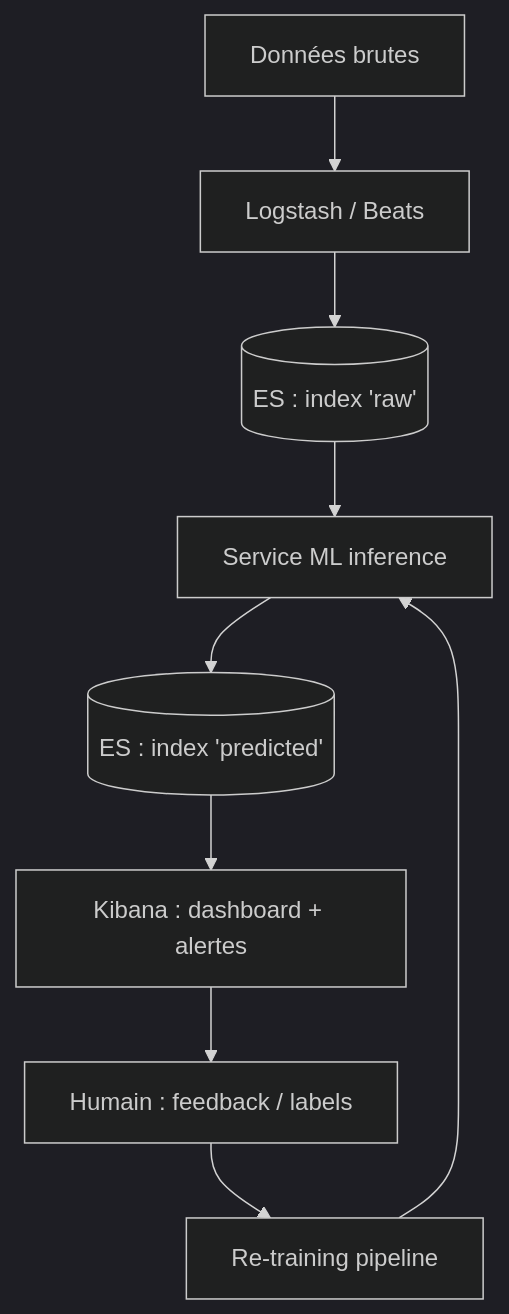
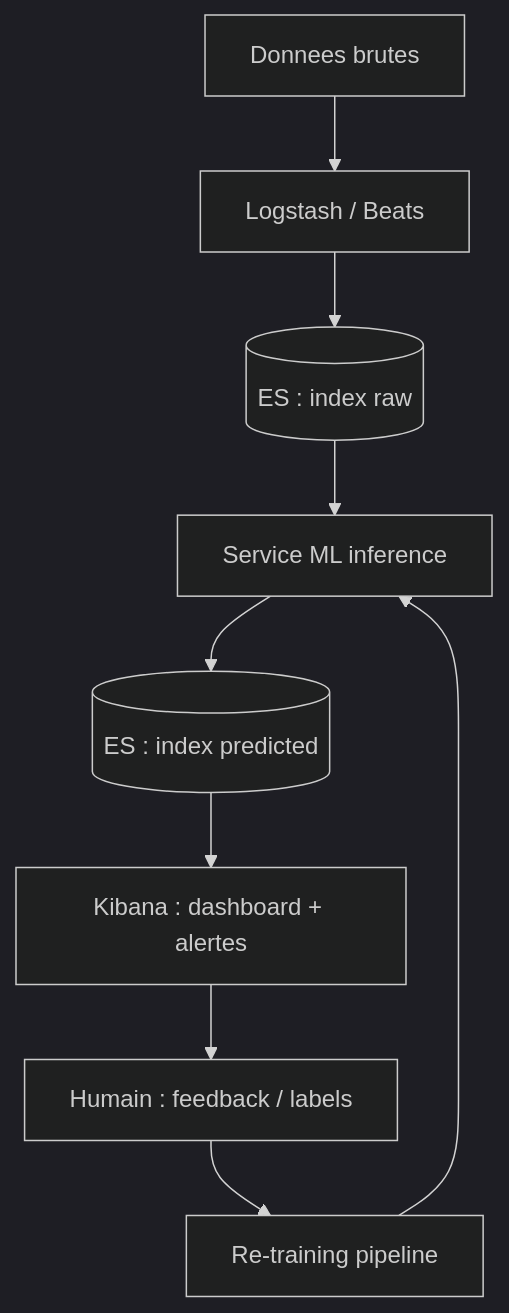
The fourth of 4 diagrams in docs2-cours1/05-architecture-pipeline-elk-ml.md (haythem-rehouma/Elastic-Search-0), drawn with Mermaid (dark theme) before and after one commit. The commit also changed other lines of this file and 49 other files, not shown here.

````diff
--- a/docs2-cours1/05-architecture-pipeline-elk-ml.md
+++ b/docs2-cours1/05-architecture-pipeline-elk-ml.md
@@ -124,11 +124,11 @@
 ```mermaid
 flowchart TB
-    A[Données brutes] --> B[Logstash / Beats]
-    B --> C[(ES : index 'raw')]
-    C --> D[Service ML inference]
-    D --> E[(ES : index 'predicted')]
-    E --> F[Kibana : dashboard + alertes]
-    F --> G[Humain : feedback / labels]
-    G --> H[Re-training pipeline]
+    A["Donnees brutes"] --> B["Logstash / Beats"]
+    B --> C[("ES : index raw")]
+    C --> D["Service ML inference"]
+    D --> E[("ES : index predicted")]
+    E --> F["Kibana : dashboard + alertes"]
+    F --> G["Humain : feedback / labels"]
+    G --> H["Re-training pipeline"]
     H --> D
 ```
````
